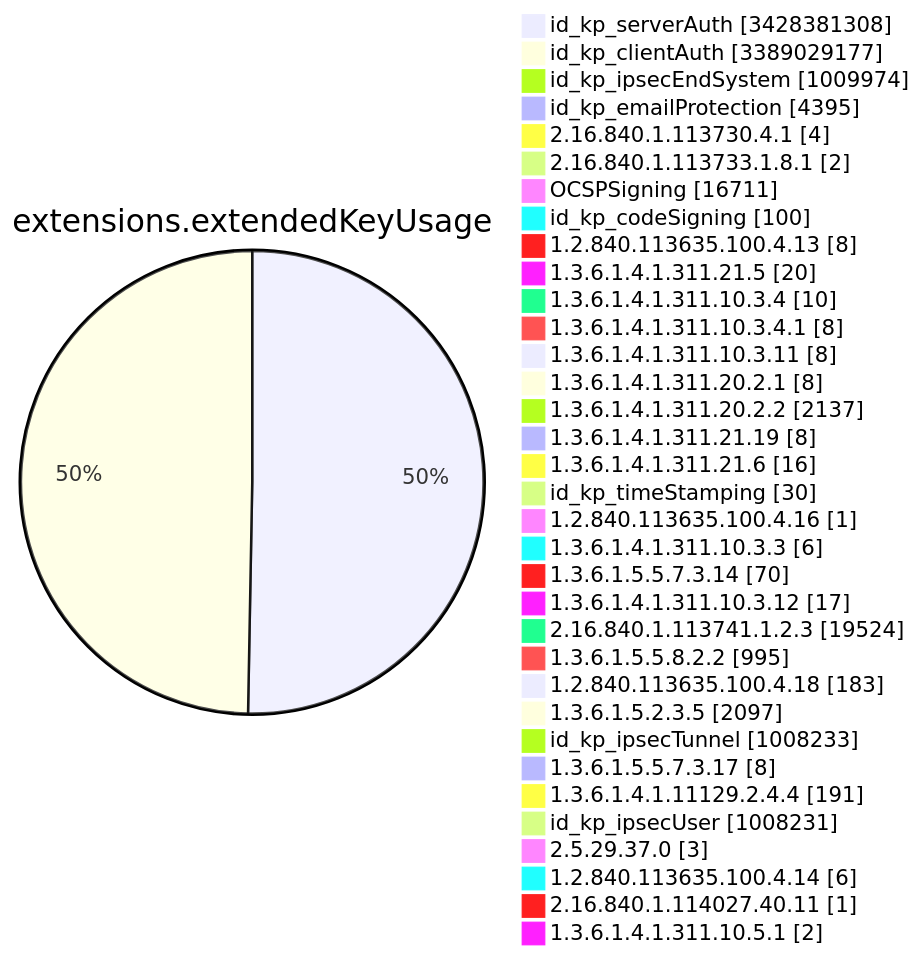
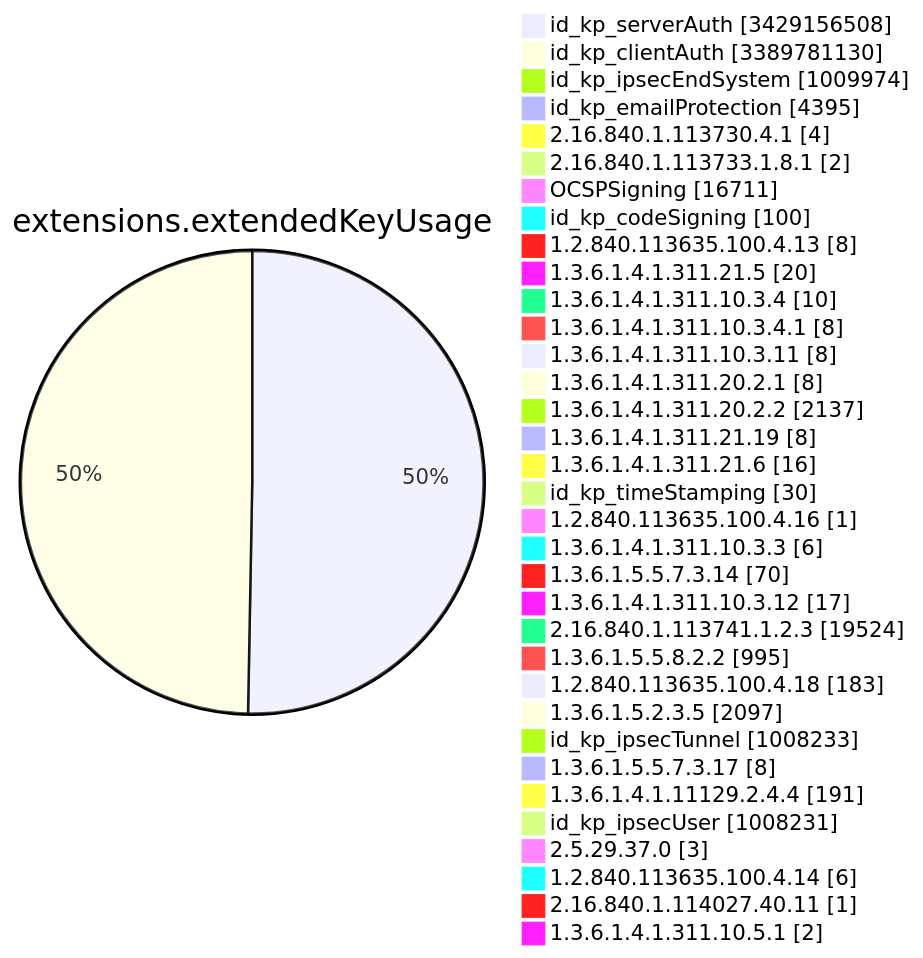
One commit to christiankrug/ctmonitor_visualization changed diagram 11 of 15 in TOTAL/README.md. Above: the diagram before and after it, drawn with Mermaid. The commit also changed other lines of this file, not shown here.

````diff
--- a/TOTAL/README.md
+++ b/TOTAL/README.md
@@ -4122,38 +4122,38 @@
 ```mermaid
 pie showData
 title extensions.extendedKeyUsage
-"id_kp_serverAuth" :3428381308
-"id_kp_clientAuth" :3389029177
+"id_kp_serverAuth" :3429156508
+"id_kp_clientAuth" :3389781130
 "id_kp_ipsecEndSystem" :1009974
 "id_kp_emailProtection" :4395
 "2.16.840.1.113730.4.1" :4
 "2.16.840.1.113733.1.8.1" :2
 "OCSPSigning" :16711
 "id_kp_codeSigning" :100
 "1.2.840.113635.100.4.13" :8
 "1.3.6.1.4.1.311.21.5" :20
 "1.3.6.1.4.1.311.10.3.4" :10
 "1.3.6.1.4.1.311.10.3.4.1" :8
 "1.3.6.1.4.1.311.10.3.11" :8
 "1.3.6.1.4.1.311.20.2.1" :8
 "1.3.6.1.4.1.311.20.2.2" :2137
 "1.3.6.1.4.1.311.21.19" :8
 "1.3.6.1.4.1.311.21.6" :16
 "id_kp_timeStamping" :30
 "1.2.840.113635.100.4.16" :1
 "1.3.6.1.4.1.311.10.3.3" :6
 "1.3.6.1.5.5.7.3.14" :70
 "1.3.6.1.4.1.311.10.3.12" :17
 "2.16.840.1.113741.1.2.3" :19524
 "1.3.6.1.5.5.8.2.2" :995
 "1.2.840.113635.100.4.18" :183
 "1.3.6.1.5.2.3.5" :2097
 "id_kp_ipsecTunnel" :1008233
 "1.3.6.1.5.5.7.3.17" :8
 "1.3.6.1.4.1.11129.2.4.4" :191
 "id_kp_ipsecUser" :1008231
 "2.5.29.37.0" :3
 "1.2.840.113635.100.4.14" :6
 "2.16.840.1.114027.40.11" :1
 "1.3.6.1.4.1.311.10.5.1" :2
 ```
````
